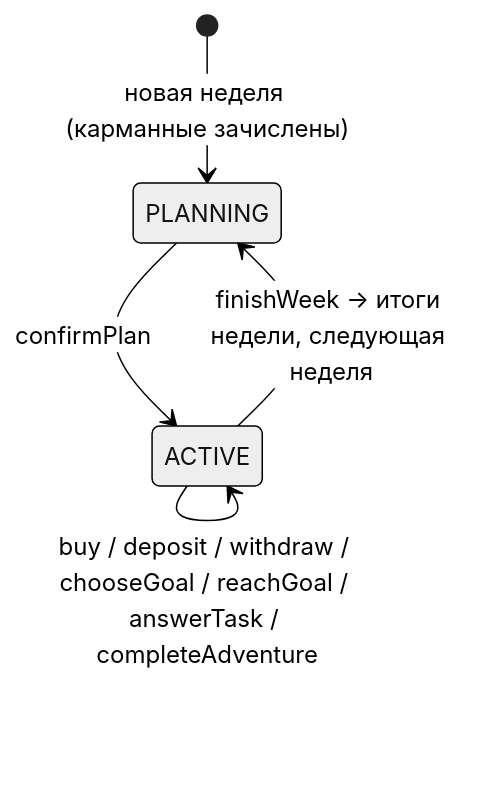
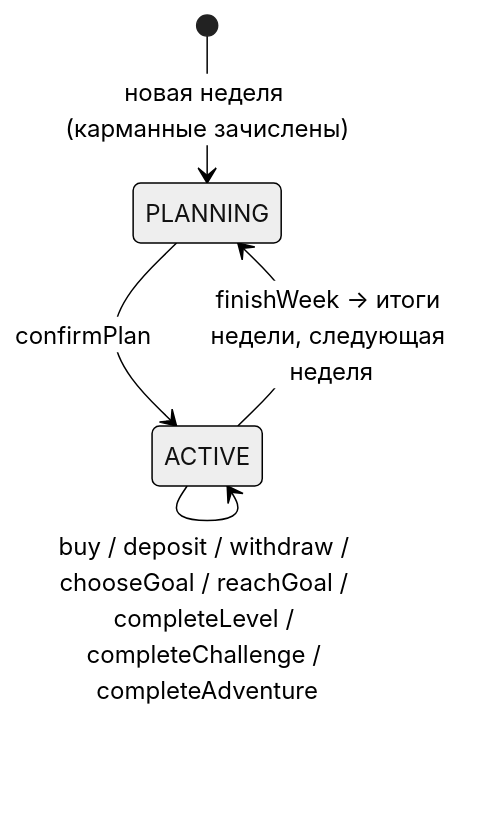
Before and after one commit to lolipokzz/finni-hackaton: the second of 2 diagrams in docs/03-processes.md, drawn with Mermaid (neutral theme). The commit also changed other lines of this file and 60 other files, not shown here.

````diff
--- a/docs/03-processes.md
+++ b/docs/03-processes.md
@@ -26,7 +26,7 @@
 ```mermaid
 stateDiagram-v2
   [*] --> PLANNING : новая неделя (карманные зачислены)
   PLANNING --> ACTIVE : confirmPlan
-  ACTIVE --> ACTIVE : buy / deposit / withdraw / chooseGoal / reachGoal / answerTask / completeAdventure
+  ACTIVE --> ACTIVE : buy / deposit / withdraw / chooseGoal / reachGoal / completeLevel / completeChallenge / completeAdventure
   ACTIVE --> PLANNING : finishWeek → итоги недели, следующая неделя
 ```
````
